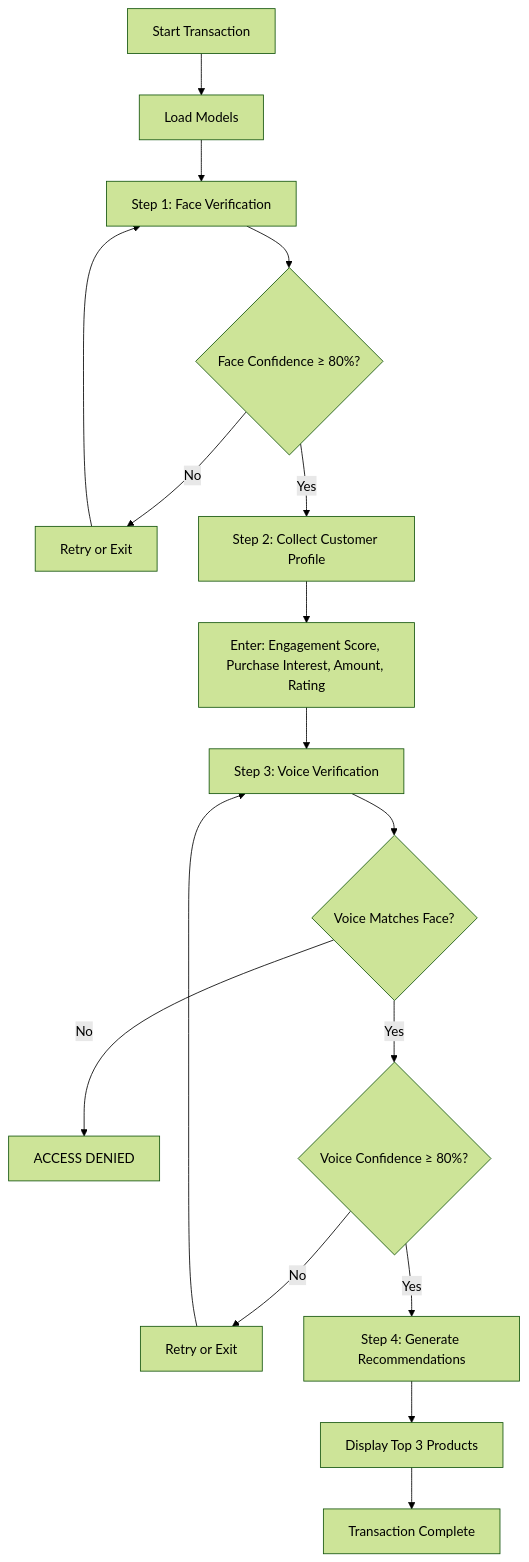
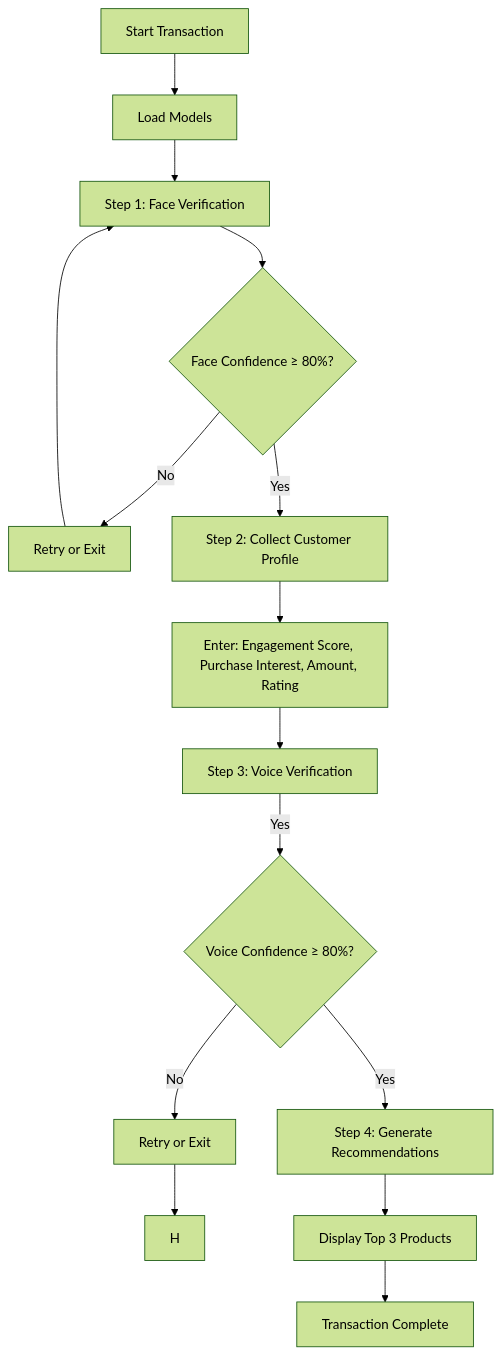
The diagram in README.md (yvettegahamanyi/formative2-DataPreprocessing), drawn with Mermaid (forest theme) before and after one commit. The commit also changed 22 other files, not shown here.

````diff
--- a/README.md
+++ b/README.md
@@ -91,19 +91,17 @@
 ```mermaid
 graph TD
     A[Start Transaction] --> B[Load Models]
     B --> C[Step 1: Face Verification]
     C --> D{Face Confidence ≥ 80%?}
     D -->|No| E[Retry or Exit]
     E --> C
     D -->|Yes| F[Step 2: Collect Customer Profile]
     F --> G[Enter: Engagement Score, Purchase Interest, Amount, Rating]
-    G --> H[Step 3: Voice Verification]
-    H --> I{Voice Matches Face?}
-    I -->|No| J[ACCESS DENIED]
+    G --> I[Step 3: Voice Verification]
     I -->|Yes| K{Voice Confidence ≥ 80%?}
     K -->|No| L[Retry or Exit]
     L --> H
     K -->|Yes| M[Step 4: Generate Recommendations]
     M --> N[Display Top 3 Products]
     N --> O[Transaction Complete]
 ```
````
